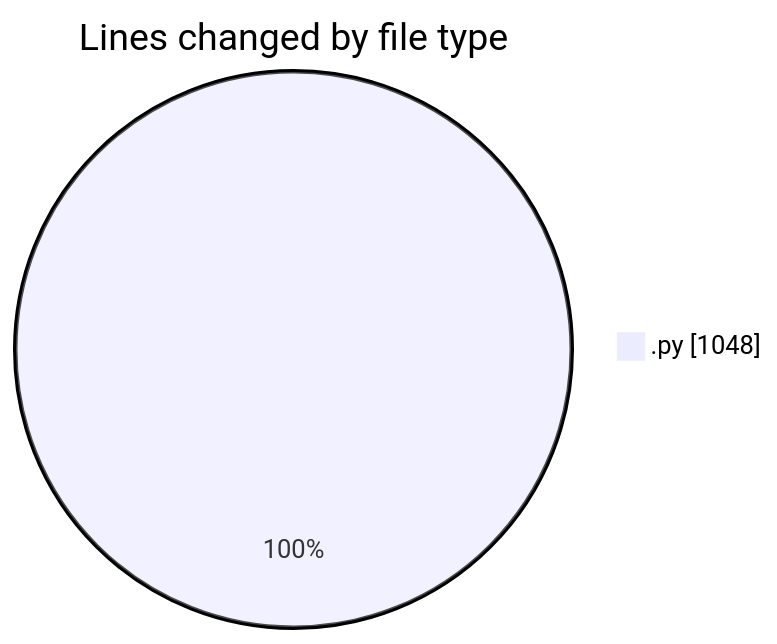
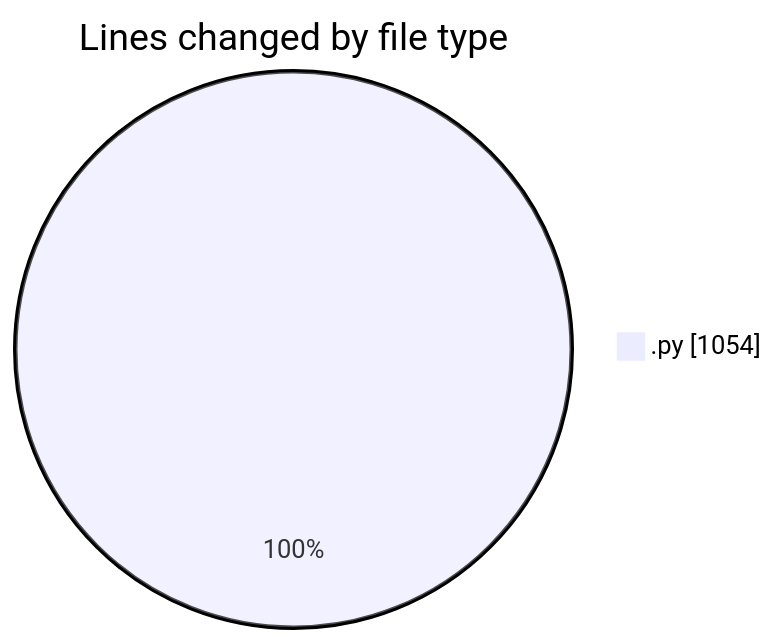
One commit to MatusMokan/code-tracking changed the first of 2 diagrams in 2025-11-15/untitled__workspace_/README.md. Above: the diagram before and after it, drawn with Mermaid. The commit also changed other lines of this file and 1 other file, not shown here.

````diff
--- a/2025-11-15/untitled__workspace_/README.md
+++ b/2025-11-15/untitled__workspace_/README.md
@@ -21,5 +21,5 @@
 ```mermaid
 pie showData
 title Lines changed by file type
-".py" : 1048
+".py" : 1054
 ```
````
